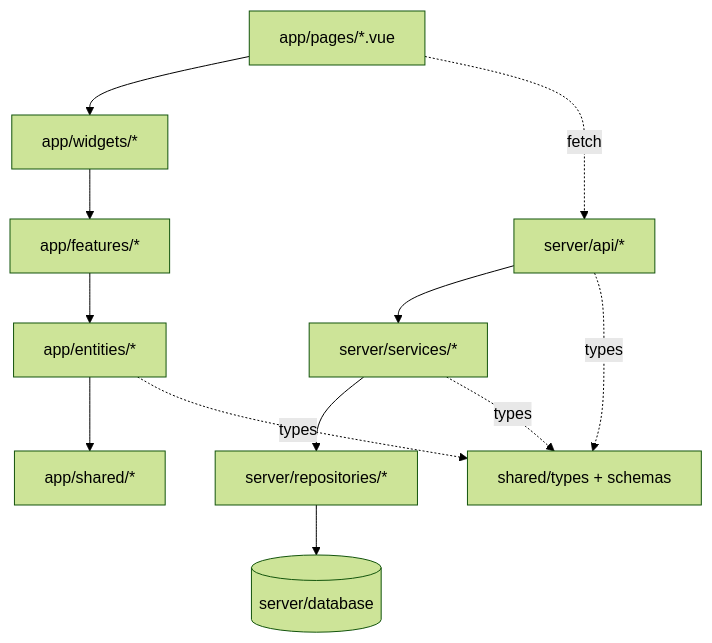
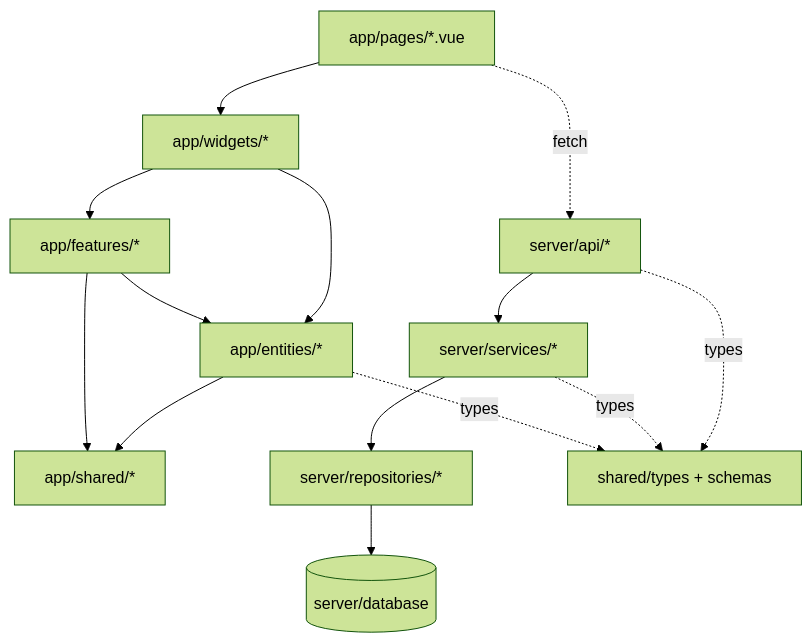
One commit to gomj-runnable/runnable2.0 changed the diagram in docs/wiki/2-Architecture.md. Above: the diagram before and after it, drawn with Mermaid (forest theme). The commit also changed other lines of this file and 15 other files, not shown here.

````diff
--- a/docs/wiki/2-Architecture.md
+++ b/docs/wiki/2-Architecture.md
@@ -47,14 +74,16 @@
 ```mermaid
 flowchart TD
     Page[app/pages/*.vue] --> Widget[app/widgets/*]
     Widget --> Feature[app/features/*]
-    Feature --> Entity[app/entities/*]
+    Widget --> Entity[app/entities/*]
+    Feature --> Entity
     Entity --> Shared[app/shared/*]
+    Feature --> Shared
     Page -.fetch.-> API[server/api/*]
     API --> Service[server/services/*]
     Service --> Repo[server/repositories/*]
     Repo --> DB[(server/database)]
     API -.types.-> SH[shared/types + schemas]
     Service -.types.-> SH
     Entity -.types.-> SH
 ```
````
